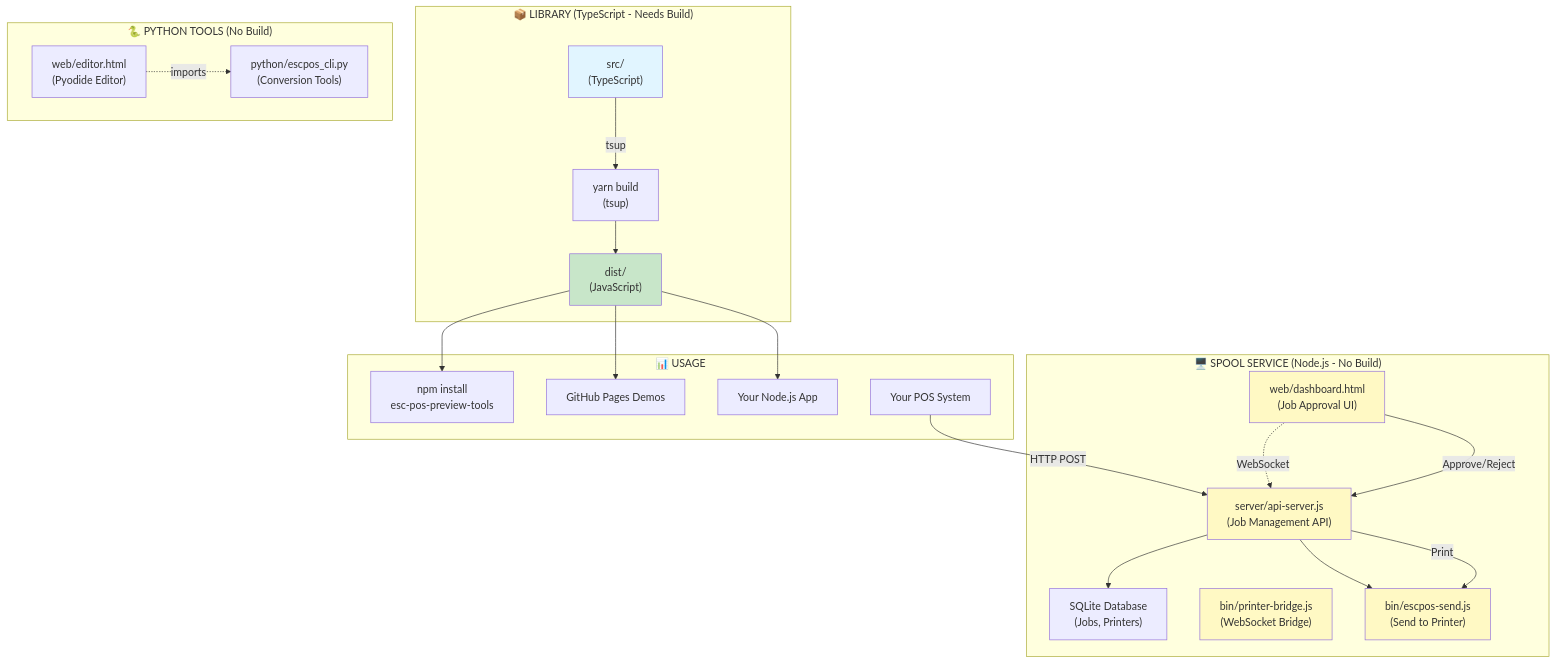
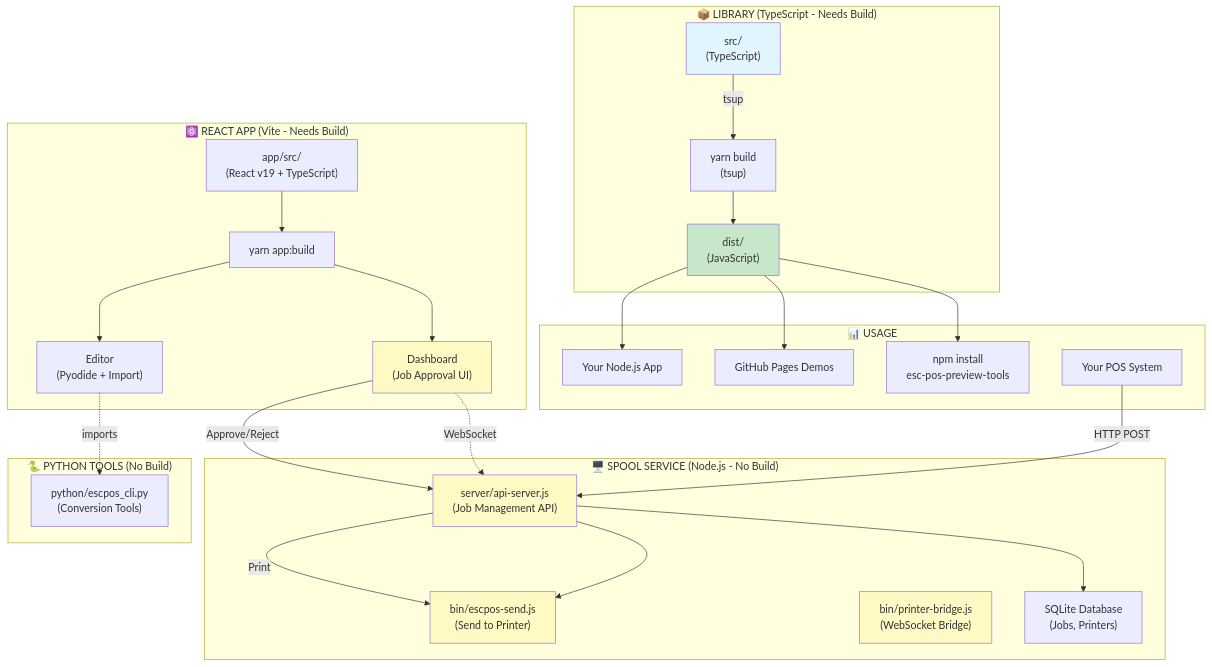
One commit to cobyhausrath/esc-pos-preview-tools changed the diagram in README.md. Above: the diagram before and after it, drawn with Mermaid. The commit also changed other lines of this file and 6 other files, not shown here.

First line of the commit message:
chore: remove HTML files and migrate to React app

````diff
--- a/README.md
+++ b/README.md
@@ -23,50 +23,59 @@
 ```mermaid
 flowchart TB
     subgraph "📦 LIBRARY (TypeScript - Needs Build)"
         SRC["src/\n(TypeScript)"]
         BUILD["yarn build\n(tsup)"]
         DIST["dist/\n(JavaScript)"]
         SRC -->|tsup| BUILD
         BUILD --> DIST
     end
 
     subgraph "🖥️ SPOOL SERVICE (Node.js - No Build)"
         SERVER["server/api-server.js\n(Job Management API)"]
-        DASHBOARD["web/dashboard.html\n(Job Approval UI)"]
         CLI1["bin/escpos-send.js\n(Send to Printer)"]
         CLI2["bin/printer-bridge.js\n(WebSocket Bridge)"]
         DB["SQLite Database\n(Jobs, Printers)"]
 
-        DASHBOARD -.WebSocket.-> SERVER
         SERVER --> DB
         SERVER --> CLI1
     end
 
+    subgraph "⚛️ REACT APP (Vite - Needs Build)"
+        REACTAPP["app/src/\n(React v19 + TypeScript)"]
+        DASHBOARD["Dashboard\n(Job Approval UI)"]
+        EDITOR["Editor\n(Pyodide + Import)"]
+        REACTBUILD["yarn app:build"]
+
+        REACTAPP --> REACTBUILD
+        REACTBUILD --> DASHBOARD
+        REACTBUILD --> EDITOR
+        DASHBOARD -.WebSocket.-> SERVER
+    end
+
     subgraph "🐍 PYTHON TOOLS (No Build)"
         PYTOOLS["python/escpos_cli.py\n(Conversion Tools)"]
-        EDITOR["web/editor.html\n(Pyodide Editor)"]
         EDITOR -.imports.-> PYTOOLS
     end
 
     subgraph "📊 USAGE"
         NPM["npm install\nesc-pos-preview-tools"]
         DEMOS["GitHub Pages Demos"]
         APP1["Your Node.js App"]
         APP2["Your POS System"]
 
         DIST --> NPM
         DIST --> DEMOS
         DIST --> APP1
 
         APP2 -->|HTTP POST| SERVER
         DASHBOARD -->|Approve/Reject| SERVER
         SERVER -->|Print| CLI1
     end
 
     style SRC fill:#e1f5ff
     style DIST fill:#c8e6c9
     style SERVER fill:#fff9c4
     style DASHBOARD fill:#fff9c4
     style CLI1 fill:#fff9c4
     style CLI2 fill:#fff9c4
 ```
````
